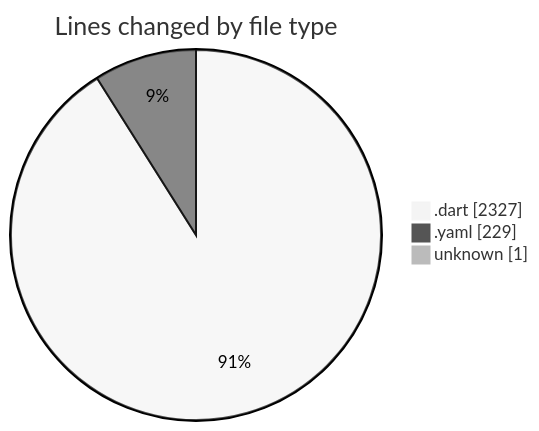
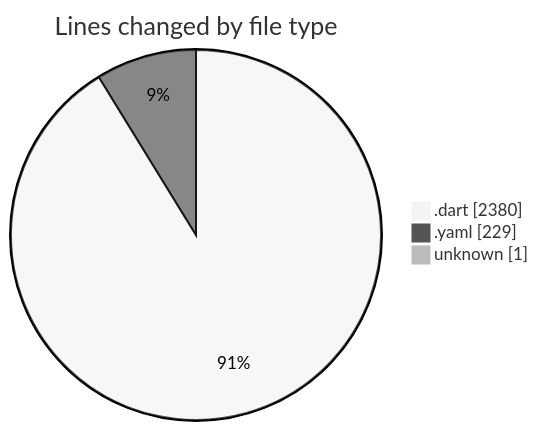
Before and after one commit to donsfak/code-tracking: the first of 2 diagrams in 2025-03-08/uber_clone/README.md, drawn with Mermaid (neutral theme). The commit also changed other lines of this file and 1 other file, not shown here.

````diff
--- a/2025-03-08/uber_clone/README.md
+++ b/2025-03-08/uber_clone/README.md
@@ -24,7 +24,7 @@
 ```mermaid
 pie showData
 title Lines changed by file type
-".dart" : 2327
+".dart" : 2380
 ".yaml" : 229
 "unknown" : 1
 ```
````
